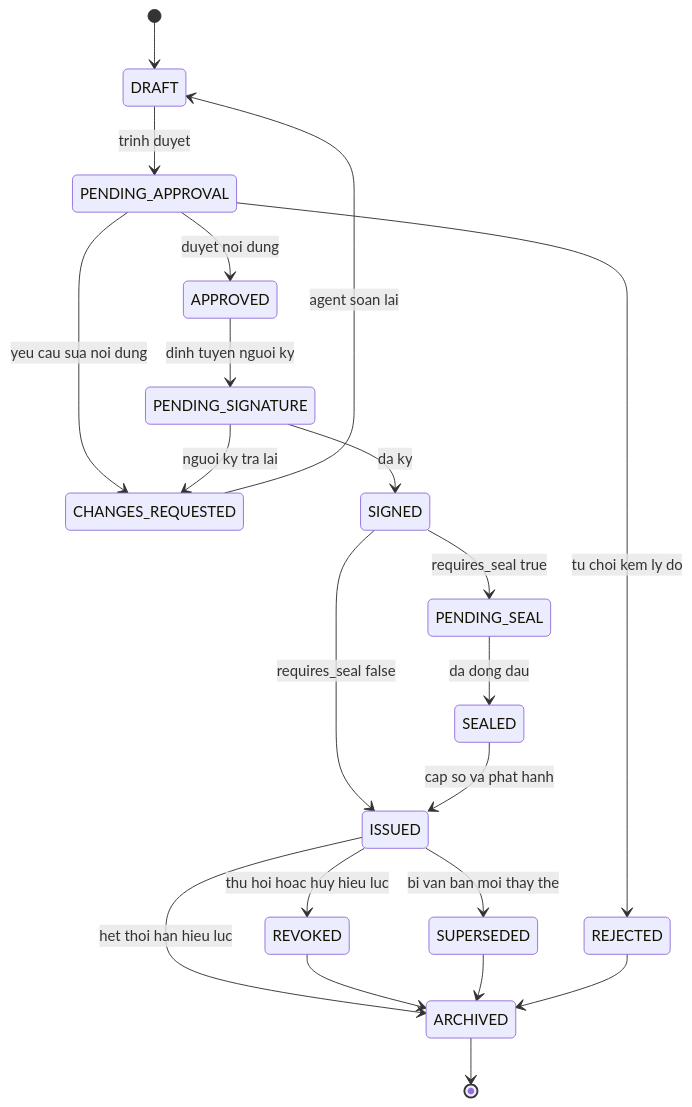
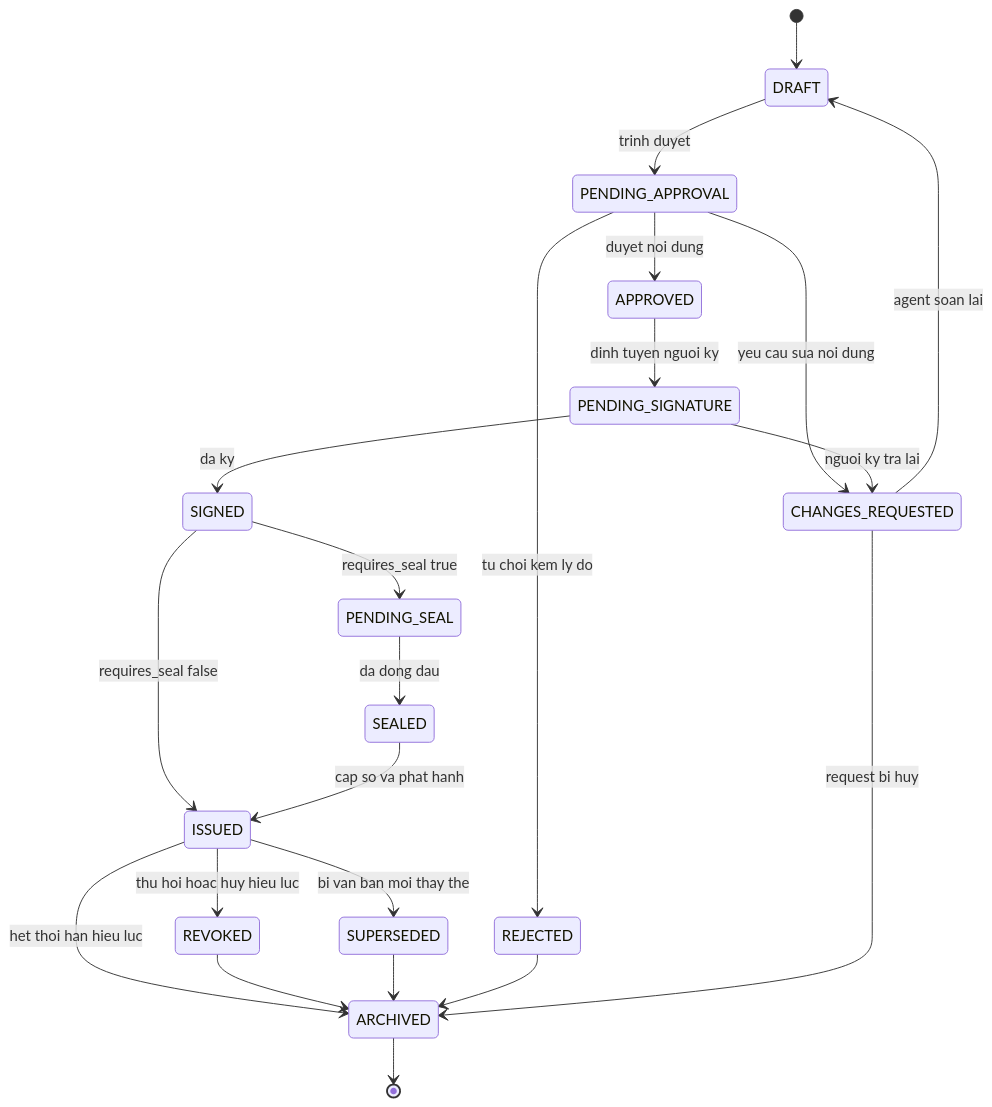
The third of 4 diagrams in docs/design/00-domain.md (CongDuc02/AdminServiceDeskAgent), drawn with Mermaid before and after one commit. The commit also changed other lines of this file and 11 other files, not shown here.

````diff
--- a/docs/design/00-domain.md
+++ b/docs/design/00-domain.md
@@ -258,23 +258,24 @@
 ```mermaid
 stateDiagram-v2
     [*] --> DRAFT
     DRAFT --> PENDING_APPROVAL: trinh duyet
     PENDING_APPROVAL --> CHANGES_REQUESTED: yeu cau sua noi dung
     CHANGES_REQUESTED --> DRAFT: agent soan lai
     PENDING_APPROVAL --> REJECTED: tu choi kem ly do
     PENDING_APPROVAL --> APPROVED: duyet noi dung
     APPROVED --> PENDING_SIGNATURE: dinh tuyen nguoi ky
     PENDING_SIGNATURE --> CHANGES_REQUESTED: nguoi ky tra lai
     PENDING_SIGNATURE --> SIGNED: da ky
     SIGNED --> PENDING_SEAL: requires_seal true
     PENDING_SEAL --> SEALED: da dong dau
     SIGNED --> ISSUED: requires_seal false
     SEALED --> ISSUED: cap so va phat hanh
     ISSUED --> REVOKED: thu hoi hoac huy hieu luc
     ISSUED --> SUPERSEDED: bi van ban moi thay the
     ISSUED --> ARCHIVED: het thoi han hieu luc
     REVOKED --> ARCHIVED
     SUPERSEDED --> ARCHIVED
     REJECTED --> ARCHIVED
+    CHANGES_REQUESTED --> ARCHIVED: request bi huy
     ARCHIVED --> [*]
 ```
````
